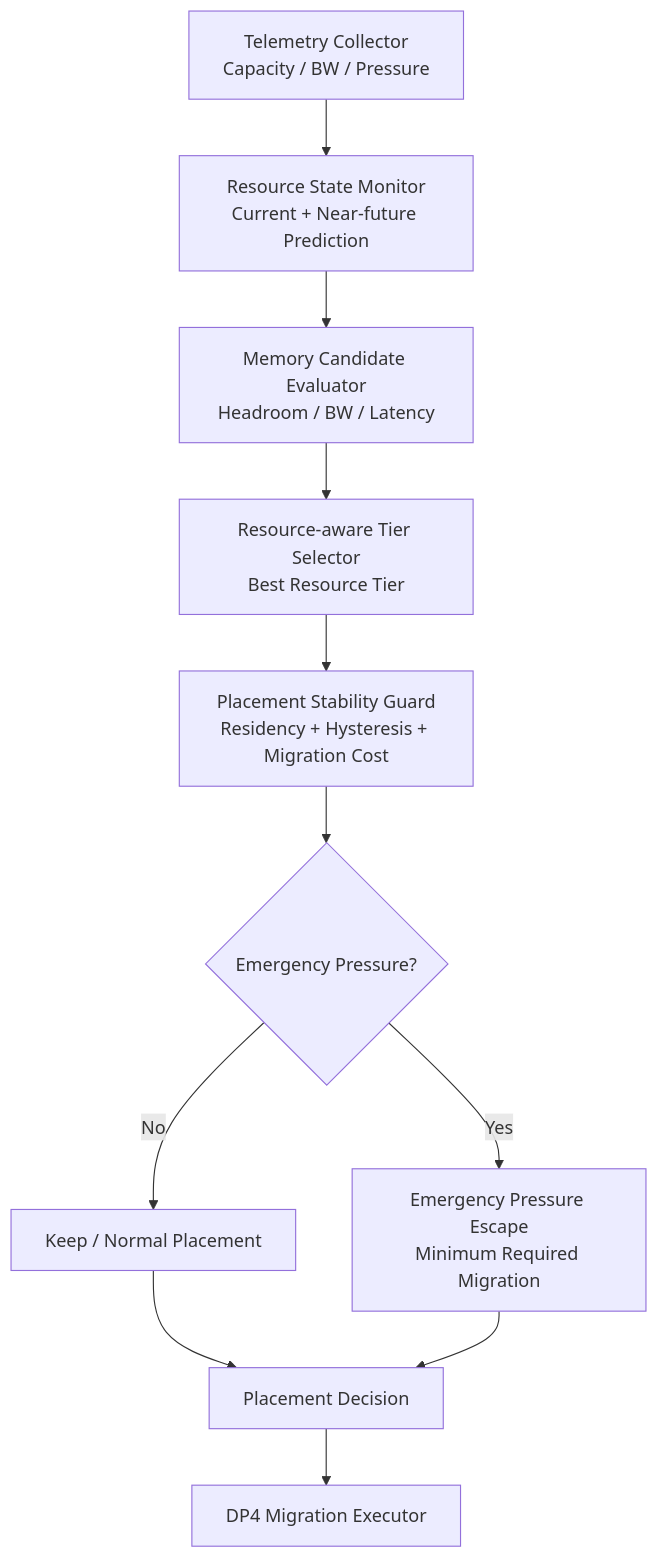
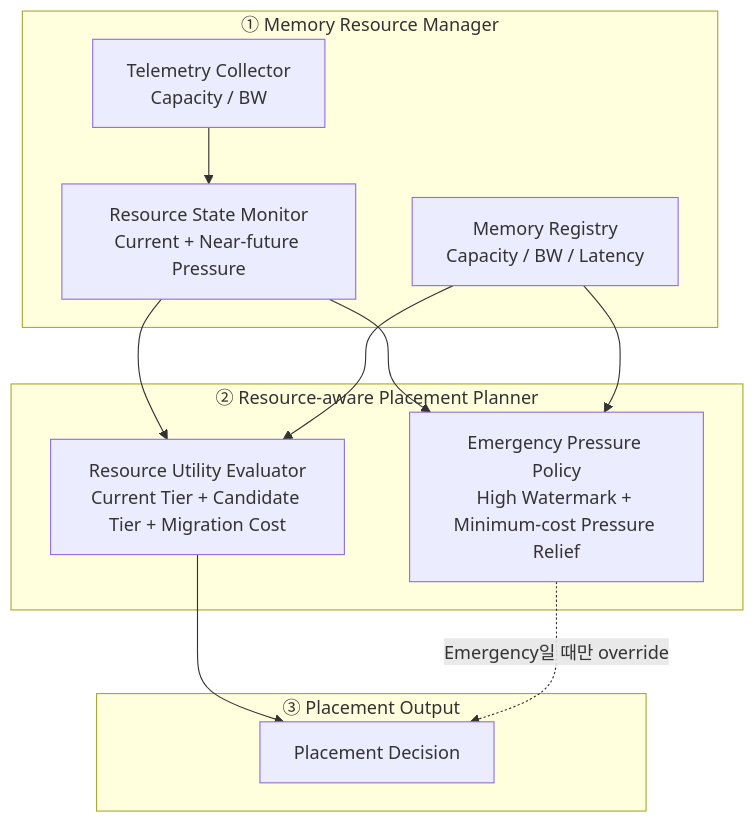
Before and after one commit to mkim0628/vllm: the first of 3 diagrams in doc-architect/dp1-reinforcement-v2-design.md, drawn with Mermaid. The commit also changed other lines of this file, not shown here.

Commit message:
Refactor DP1 V2 to module views and replace fallback with degraded placement

````diff
--- a/doc-architect/dp1-reinforcement-v2-design.md
+++ b/doc-architect/dp1-reinforcement-v2-design.md
@@ -52,24 +34,28 @@
 ```mermaid
-flowchart TD
-    A[Telemetry Collector<br/>Capacity / BW / Pressure]
-    B[Resource State Monitor<br/>Current + Near-future Prediction]
-    C[Memory Candidate Evaluator<br/>Headroom / BW / Latency]
-    D[Resource-aware Tier Selector<br/>Best Resource Tier]
-    E[Placement Stability Guard<br/>Residency + Hysteresis + Migration Cost]
-    F{Emergency Pressure?}
-    G[Keep / Normal Placement]
-    H[Emergency Pressure Escape<br/>Minimum Required Migration]
-    I[Placement Decision]
-    J[DP4 Migration Executor]
+flowchart TB
 
-    A --> B
-    B --> C
-    C --> D
-    D --> E
-    E --> F
-    F -->|No| G
-    F -->|Yes| H
-    G --> I
-    H --> I
-    I --> J
+    subgraph RM["① Memory Resource Manager"]
+        TC["Telemetry Collector<br/>Capacity / BW"]
+        RSM["Resource State Monitor<br/>Current + Near-future Pressure"]
+        MR["Memory Registry<br/>Capacity / BW / Latency"]
+    end
+
+    subgraph PP["② Resource-aware Placement Planner"]
+        RUE["Resource Utility Evaluator<br/>Current Tier + Candidate Tier + Migration Cost"]
+        EPP["Emergency Pressure Policy<br/>High Watermark + Minimum-cost Pressure Relief"]
+    end
+
+    subgraph OUT["③ Placement Output"]
+        PD["Placement Decision"]
+    end
+
+    TC --> RSM
+    RSM --> RUE
+    MR --> RUE
+
+    RSM --> EPP
+    MR --> EPP
+
+    RUE --> PD
+    EPP -. "Emergency일 때만 override" .-> PD
 ```
````
